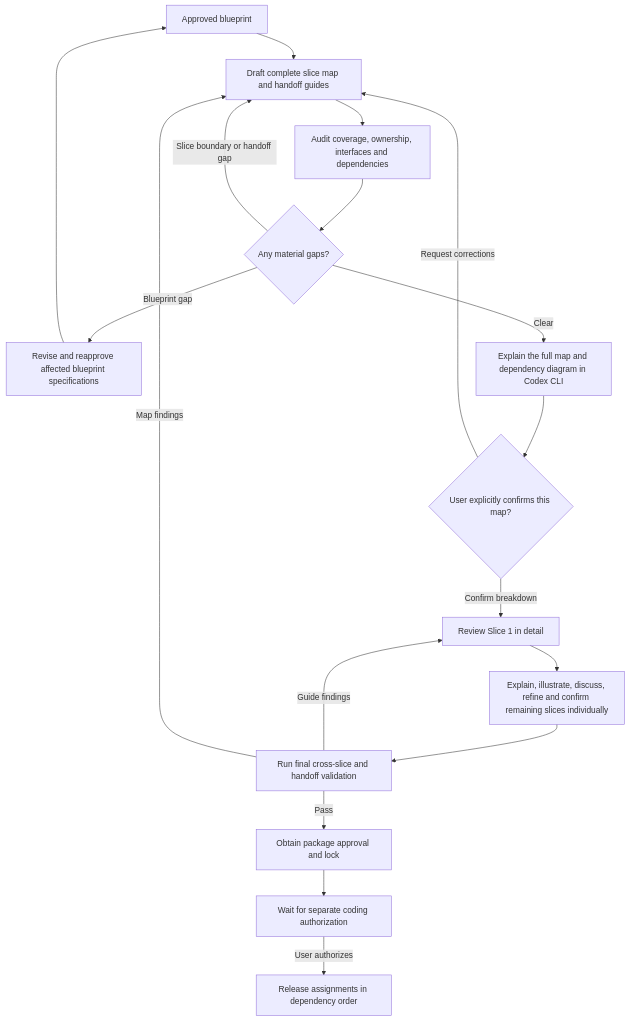
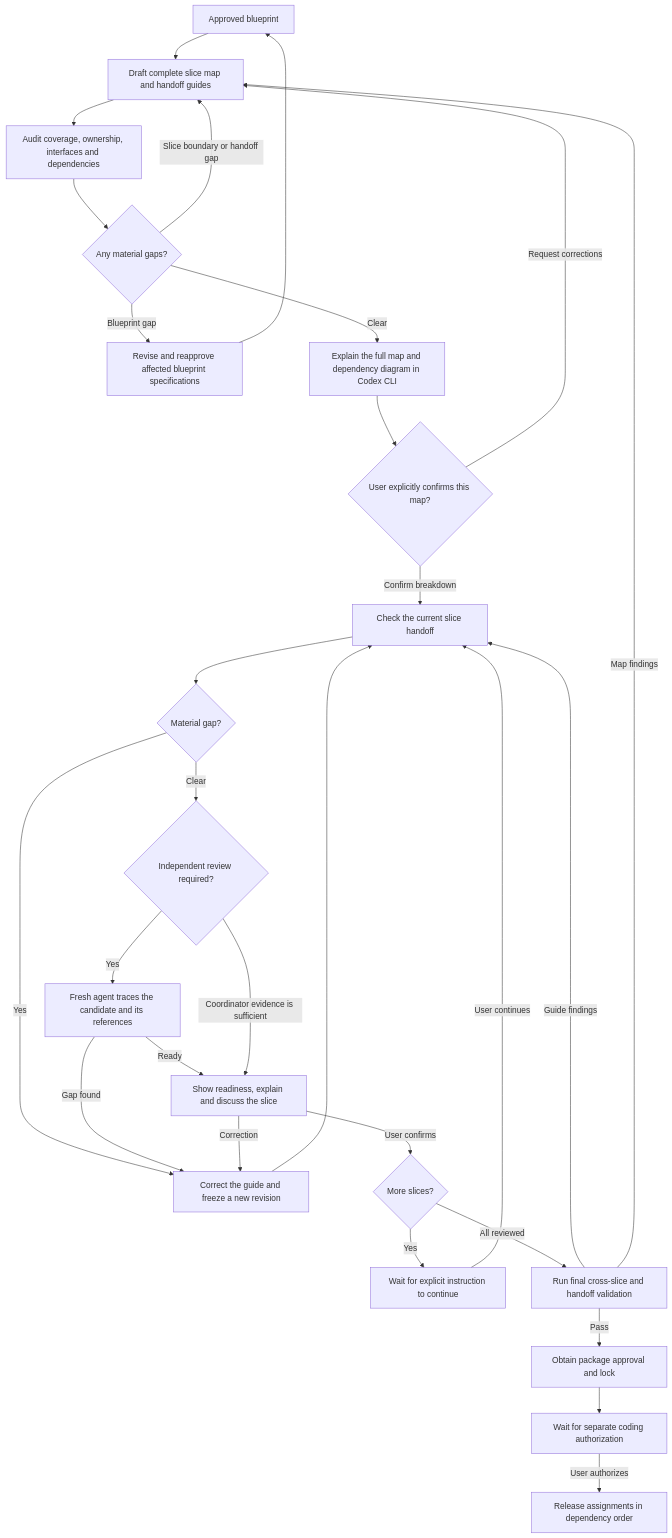
The first of 2 diagrams in references/slice-review-workflow.md (keitamoustapha913/prototype-to-production), drawn with Mermaid before and after one commit. The commit also changed other lines of this file and 13 other files, not shown here.

First line of the commit message:
[feat][workflow] Require adaptive slice handoff verification

````diff
--- a/references/slice-review-workflow.md
+++ b/references/slice-review-workflow.md
@@ -9,20 +9,31 @@
 ```mermaid
 flowchart TD
     A[Approved blueprint] --> B[Draft complete slice map and handoff guides]
     B --> C[Audit coverage, ownership, interfaces and dependencies]
     C --> D{Any material gaps?}
     D -->|Slice boundary or handoff gap| B
     D -->|Blueprint gap| E[Revise and reapprove affected blueprint specifications]
     E --> A
     D -->|Clear| F[Explain the full map and dependency diagram in Codex CLI]
     F --> G{User explicitly confirms this map?}
     G -->|Request corrections| B
-    G -->|Confirm breakdown| H[Review Slice 1 in detail]
-    H --> I[Explain, illustrate, discuss, refine and confirm remaining slices individually]
-    I --> J[Run final cross-slice and handoff validation]
+    G -->|Confirm breakdown| H[Check the current slice handoff]
+    H --> D1{Material gap?}
+    D1 -->|Yes| H1[Correct the guide and freeze a new revision]
+    H1 --> H
+    D1 -->|Clear| R1{Independent review required?}
+    R1 -->|Yes| R2[Fresh agent traces the candidate and its references]
+    R2 -->|Gap found| H1
+    R2 -->|Ready| I[Show readiness, explain and discuss the slice]
+    R1 -->|Coordinator evidence is sufficient| I
+    I -->|Correction| H1
+    I -->|User confirms| I1{More slices?}
+    I1 -->|Yes| I2[Wait for explicit instruction to continue]
+    I2 -->|User continues| H
+    I1 -->|All reviewed| J[Run final cross-slice and handoff validation]
     J -->|Guide findings| H
     J -->|Map findings| B
     J -->|Pass| L[Obtain package approval and lock]
     L --> M[Wait for separate coding authorization]
     M -->|User authorizes| N[Release assignments in dependency order]
 ```
````
